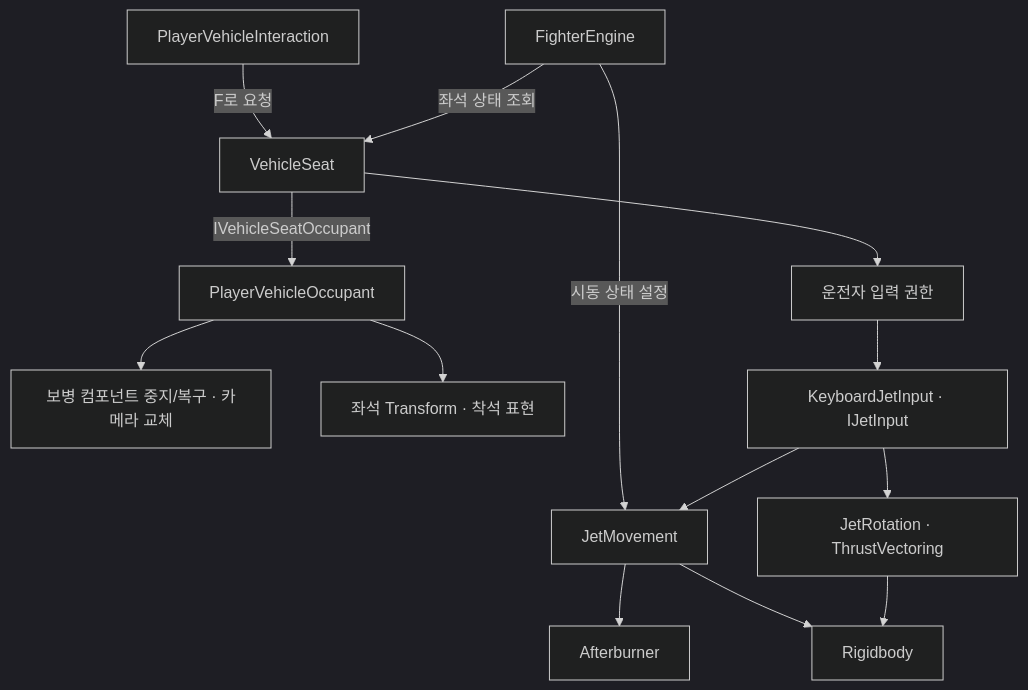
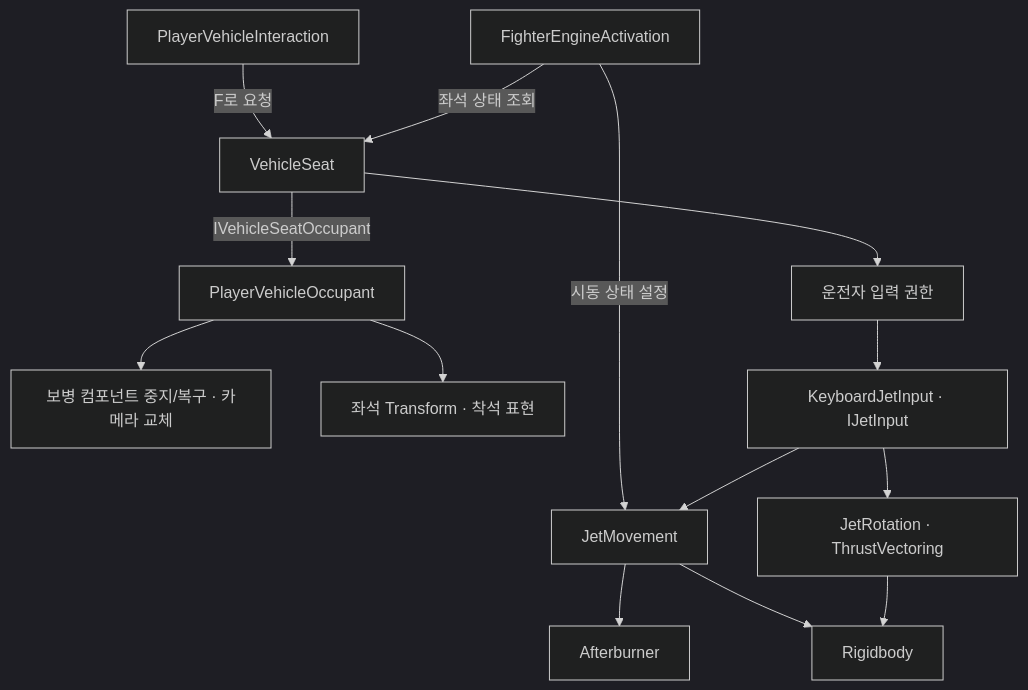
Before and after one commit to wooyong2223-hue/Battlefield_Project: the fourth of 5 diagrams in Docs/Manual/Architecture.md, drawn with Mermaid (dark theme). The commit also changed other lines of this file and 336 other files, not shown here.

````diff
--- a/Docs/Manual/Architecture.md
+++ b/Docs/Manual/Architecture.md
@@ -69,16 +69,16 @@
 ```mermaid
 flowchart TD
     Interact["PlayerVehicleInteraction"] -->|F로 요청| Seat["VehicleSeat"]
     Seat -->|IVehicleSeatOccupant| Occupant["PlayerVehicleOccupant"]
     Occupant --> OnFoot["보병 컴포넌트 중지/복구 · 카메라 교체"]
     Occupant --> Pose["좌석 Transform · 착석 표현"]
     Seat --> Gates["운전자 입력 권한"]
-    Engine["FighterEngine"] -->|좌석 상태 조회| Seat
+    Engine["FighterEngineActivation"] -->|좌석 상태 조회| Seat
     Engine -->|시동 상태 설정| Move["JetMovement"]
     Gates --> JetInput["KeyboardJetInput · IJetInput"]
     JetInput --> Move
     JetInput --> Rotation["JetRotation · ThrustVectoring"]
     Move --> Burner["Afterburner"]
     Move --> Body["Rigidbody"]
     Rotation --> Body
 ```
````
